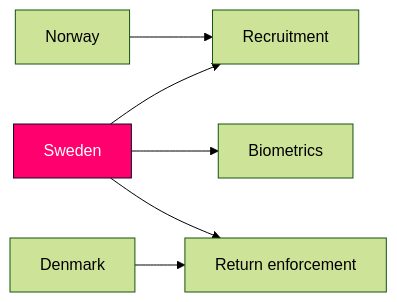
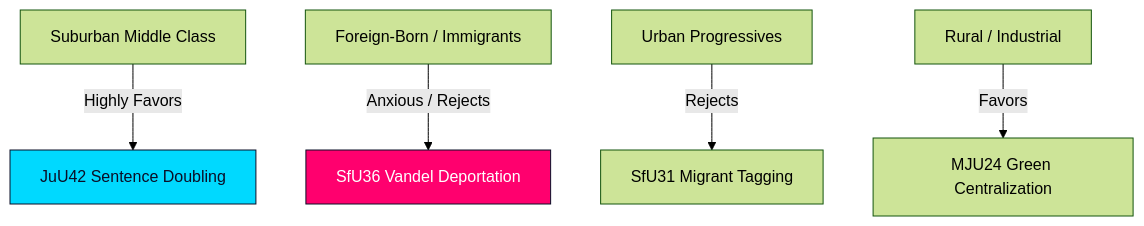
One commit to Hack23/riksdagsmonitor changed the seventh of 21 diagrams in analysis/daily/2026-06-13/realtime-monitor/article.md. Above: the diagram before and after it, drawn with Mermaid (forest theme). The commit also changed other lines of this file and 44 other files, not shown here.

````diff
--- a/analysis/daily/2026-06-13/realtime-monitor/article.md
+++ b/analysis/daily/2026-06-13/realtime-monitor/article.md
@@ -631,9 +727,10 @@
 ```mermaid
-flowchart LR
-  A["Sweden"] --> B["Recruitment"]
-  A --> C["Biometrics"]
-  A --> D["Return enforcement"]
-  E["Norway"] --> B
-  F["Denmark"] --> D
-  style A fill:#ff006e,stroke:#0a0e27,color:#ffffff
+flowchart TD
+  SUB["Suburban Middle Class"] -->|Highly Favors| JuU42["JuU42 Sentence Doubling"]
+  FOREIGN["Foreign-Born / Immigrants"] -->|Anxious / Rejects| SfU36["SfU36 Vandel Deportation"]
+  URBAN["Urban Progressives"] -->|Rejects| SfU31["SfU31 Migrant Tagging"]
+  RURAL["Rural / Industrial"] -->|Favors| MJU24["MJU24 Green Centralization"]
+
+  style JuU42 fill:#00d9ff,stroke:#0a0e27,color:#0a0e27
+  style SfU36 fill:#ff006e,stroke:#0a0e27,color:#ffffff
 ```
````
